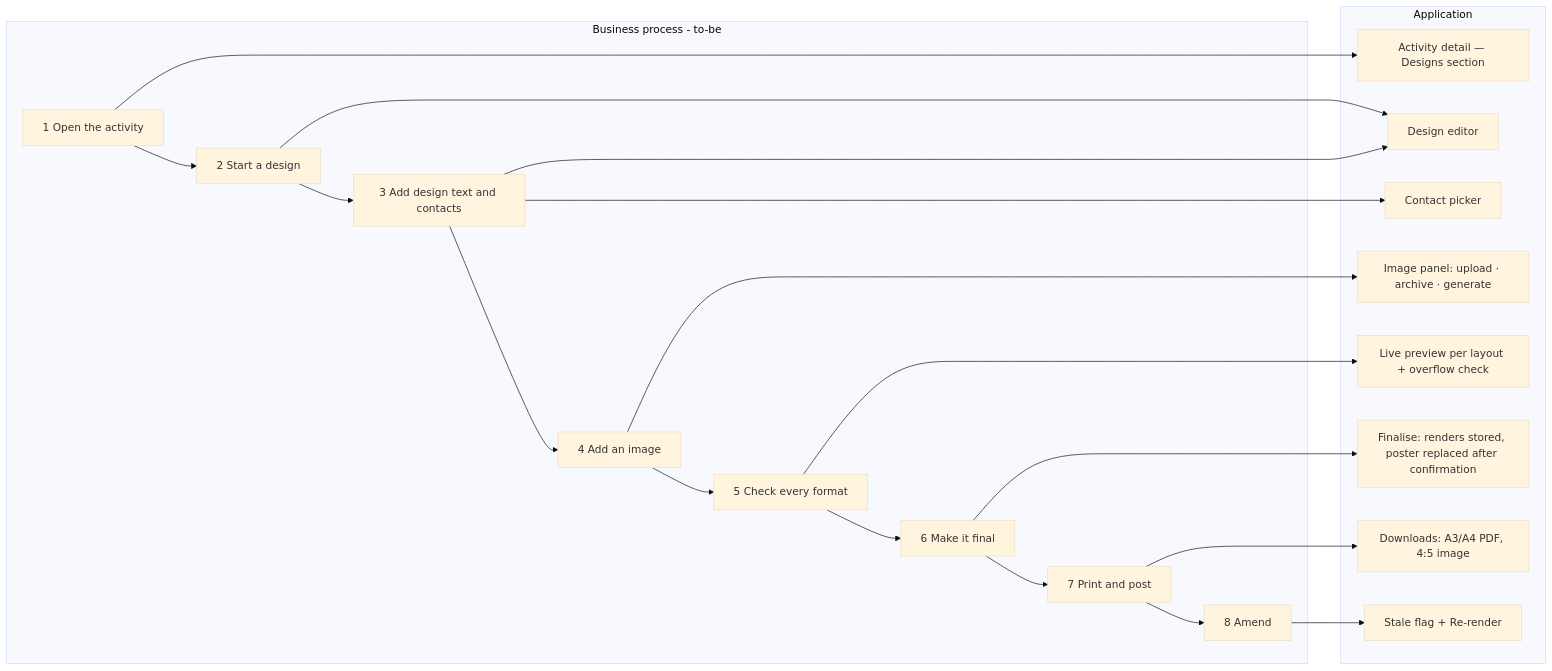
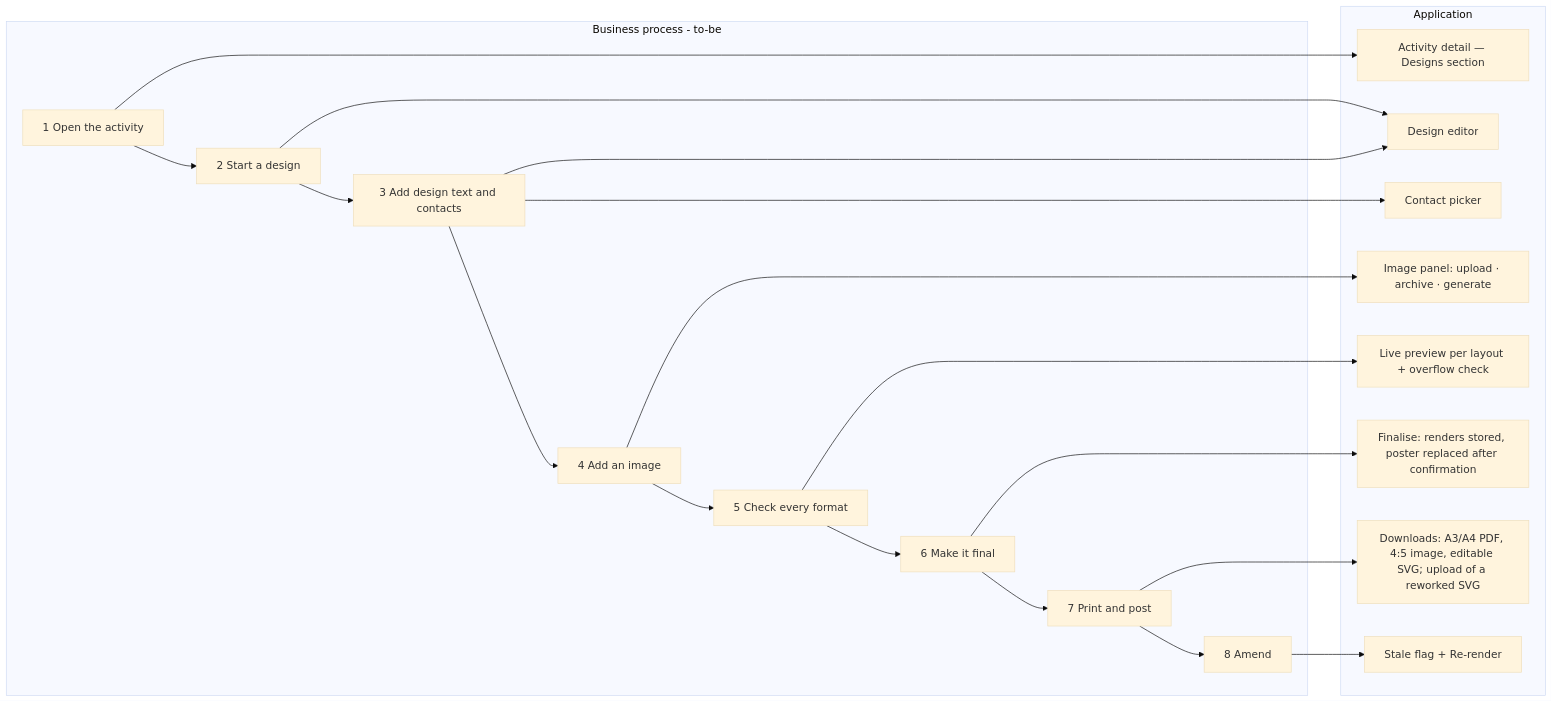
The first of 3 diagrams in docs/change_request_10_design_studio.md (KoenRenders/KoenTest), drawn with Mermaid (base theme) before and after one commit. The commit also changed other lines of this file, not shown here.

````diff
--- a/docs/change_request_10_design_studio.md
+++ b/docs/change_request_10_design_studio.md
@@ -377,25 +379,25 @@
 ```mermaid
 flowchart LR
   subgraph P["Business process - to-be"]
     p1["1 Open the activity"] --> p2["2 Start a design"] --> p3["3 Add design text and contacts"] --> p4["4 Add an image"] --> p5["5 Check every format"] --> p6["6 Make it final"] --> p7["7 Print and post"] --> p8["8 Amend"]
   end
   subgraph S["Application"]
     s1["Activity detail — Designs section"]
     s2["Design editor"]
     s3["Contact picker"]
     s4["Image panel: upload · archive · generate"]
     s5["Live preview per layout + overflow check"]
     s6["Finalise: renders stored, poster replaced after confirmation"]
-    s7["Downloads: A3/A4 PDF, 4:5 image"]
+    s7["Downloads: A3/A4 PDF, 4:5 image, editable SVG; upload of a reworked SVG"]
     s8["Stale flag + Re-render"]
   end
   p1 --> s1
   p2 --> s2
   p3 --> s2
   p3 --> s3
   p4 --> s4
   p5 --> s5
   p6 --> s6
   p7 --> s7
   p8 --> s8
 ```
````
